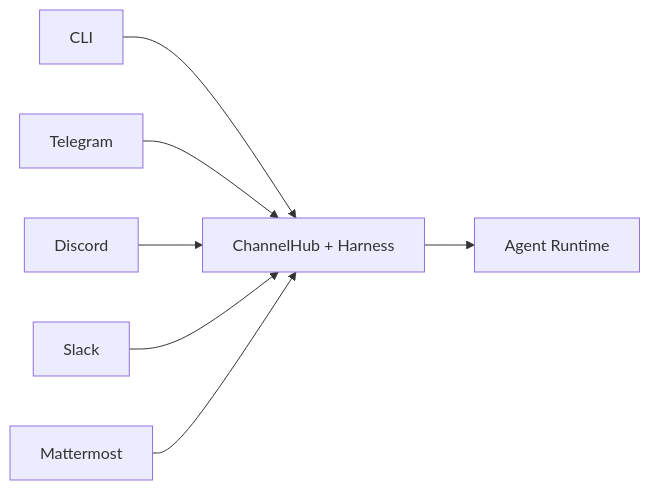
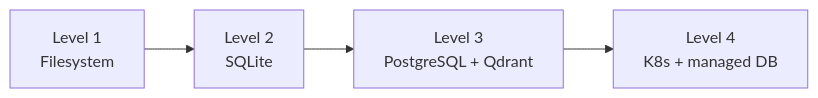
The sixth of 6 diagrams in README.md (viantonugroho11/Anvio), drawn with Mermaid before and after one commit. The commit also changed other lines of this file, not shown here.

````diff
--- a/README.md
+++ b/README.md
@@ -617,9 +851,6 @@
 ```mermaid
 flowchart LR
-    CLI["CLI"] --> HUB["ChannelHub + Harness"]
-    TG["Telegram"] --> HUB
-    DC["Discord"] --> HUB
-    SL["Slack"] --> HUB
-    MM["Mattermost"] --> HUB
-    HUB --> RT["Agent Runtime"]
+    L1["Level 1<br/>Filesystem"] --> L2["Level 2<br/>SQLite"]
+    L2 --> L3["Level 3<br/>PostgreSQL + Qdrant"]
+    L3 --> L4["Level 4<br/>K8s + managed DB"]
 ```
````
